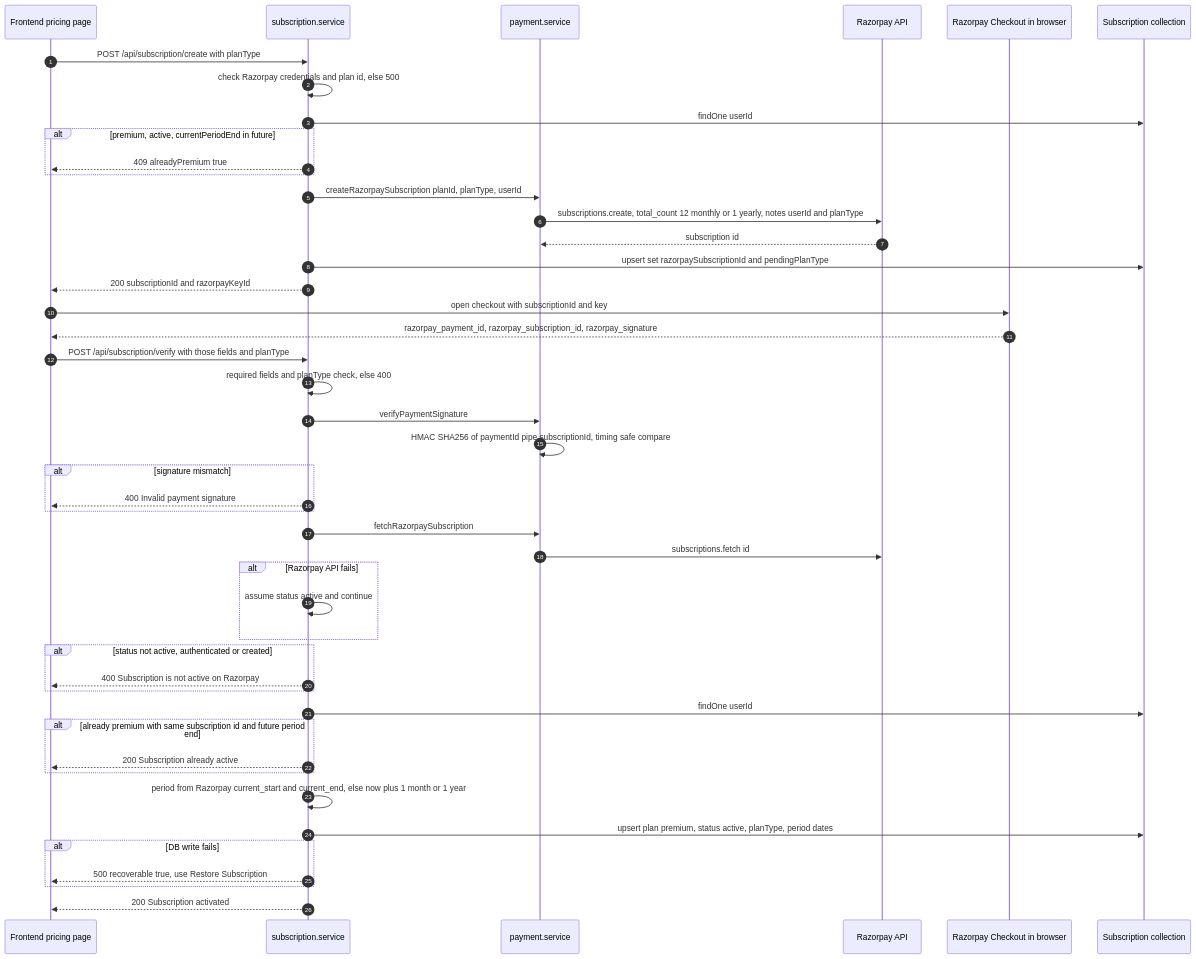
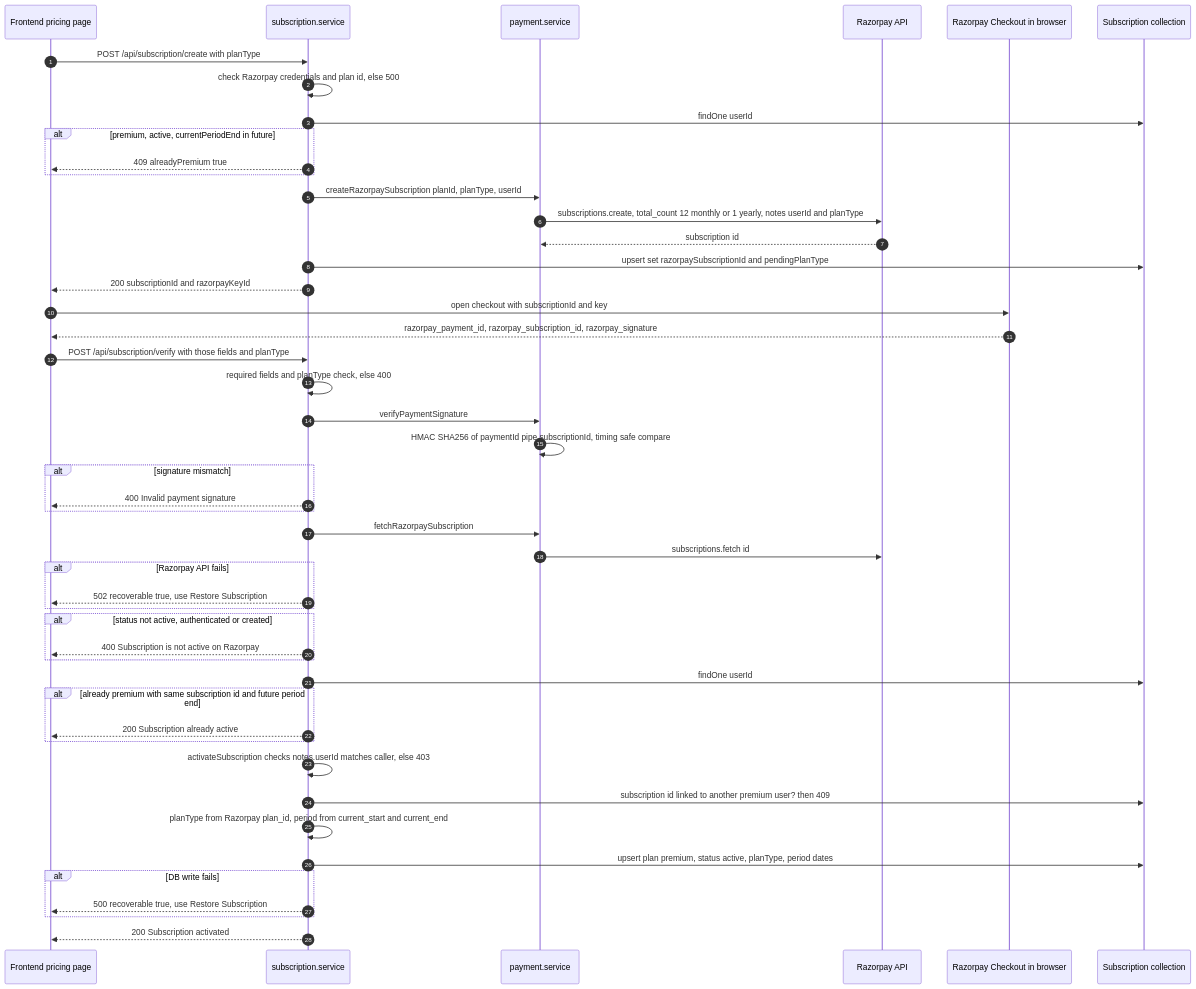
One commit to ydhanush8/MemoMind changed the fourth of 6 diagrams in docs/server.md. Above: the diagram before and after it, drawn with Mermaid. The commit also changed other lines of this file and 12 other files, not shown here.

Commit message:
fix: bind Razorpay subscriptions to their owner, expire lapsed premium, always require CRON_SECRET, stop caching API responses and drop Vercel cron

````diff
--- a/docs/server.md
+++ b/docs/server.md
@@ -220,49 +220,51 @@
 ```mermaid
 sequenceDiagram
     autonumber
     participant FE as Frontend pricing page
     participant SS as subscription.service
     participant PS as payment.service
     participant RZ as Razorpay API
     participant CK as Razorpay Checkout in browser
     participant DB as Subscription collection
 
     FE->>SS: POST /api/subscription/create with planType
     SS->>SS: check Razorpay credentials and plan id, else 500
     SS->>DB: findOne userId
     alt premium, active, currentPeriodEnd in future
         SS-->>FE: 409 alreadyPremium true
     end
     SS->>PS: createRazorpaySubscription planId, planType, userId
     PS->>RZ: subscriptions.create, total_count 12 monthly or 1 yearly, notes userId and planType
     RZ-->>PS: subscription id
     SS->>DB: upsert set razorpaySubscriptionId and pendingPlanType
     SS-->>FE: 200 subscriptionId and razorpayKeyId
     FE->>CK: open checkout with subscriptionId and key
     CK-->>FE: razorpay_payment_id, razorpay_subscription_id, razorpay_signature
     FE->>SS: POST /api/subscription/verify with those fields and planType
     SS->>SS: required fields and planType check, else 400
     SS->>PS: verifyPaymentSignature
     PS->>PS: HMAC SHA256 of paymentId pipe subscriptionId, timing safe compare
     alt signature mismatch
         SS-->>FE: 400 Invalid payment signature
     end
     SS->>PS: fetchRazorpaySubscription
     PS->>RZ: subscriptions.fetch id
     alt Razorpay API fails
-        SS->>SS: assume status active and continue
+        SS-->>FE: 502 recoverable true, use Restore Subscription
     end
     alt status not active, authenticated or created
         SS-->>FE: 400 Subscription is not active on Razorpay
     end
     SS->>DB: findOne userId
     alt already premium with same subscription id and future period end
         SS-->>FE: 200 Subscription already active
     end
-    SS->>SS: period from Razorpay current_start and current_end, else now plus 1 month or 1 year
+    SS->>SS: activateSubscription checks notes.userId matches caller, else 403
+    SS->>DB: subscription id linked to another premium user? then 409
+    SS->>SS: planType from Razorpay plan_id, period from current_start and current_end
     SS->>DB: upsert plan premium, status active, planType, period dates
     alt DB write fails
         SS-->>FE: 500 recoverable true, use Restore Subscription
     end
     SS-->>FE: 200 Subscription activated
 ```
````
